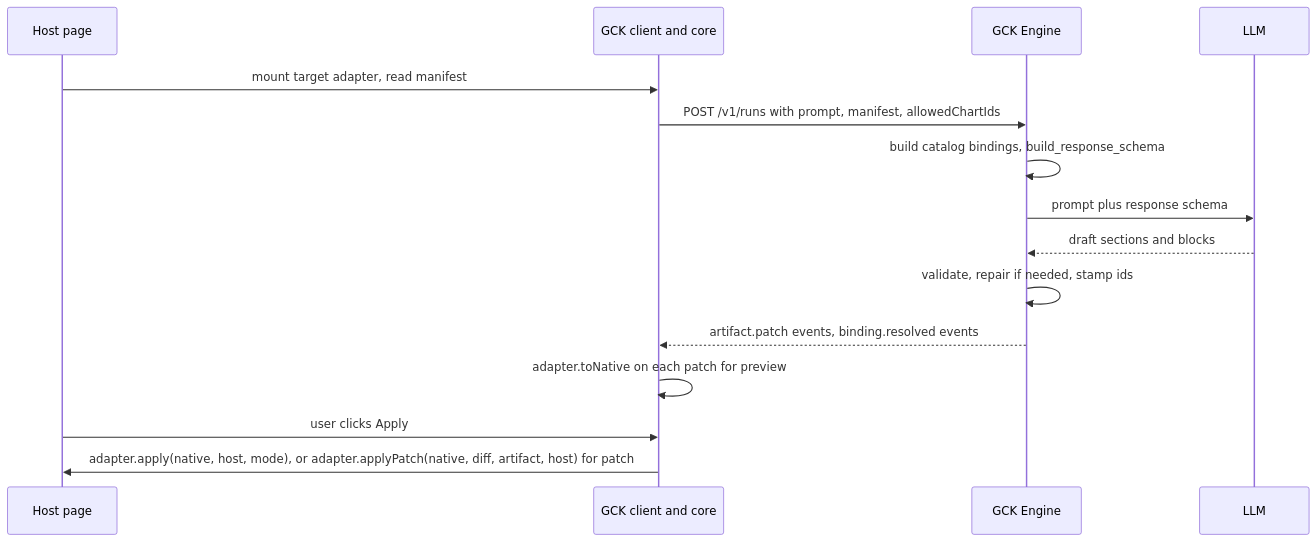
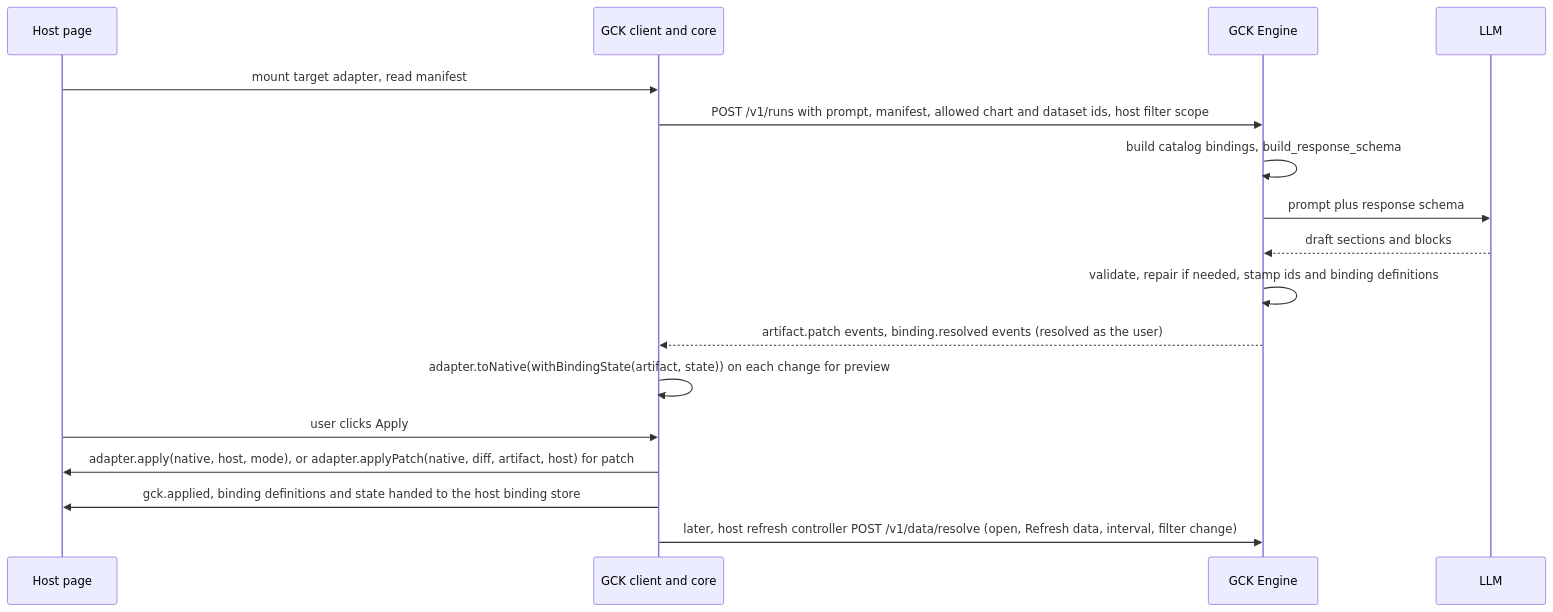
One commit to debnathSD/presenton-os changed the third of 3 diagrams in tutorial/content/ai-component/62-artifact-spec-and-targets.md. Above: the diagram before and after it, drawn with Mermaid. The commit also changed other lines of this file and 12 other files, not shown here.

First line of the commit message:
docs: make every GCK target use live Superset data

````diff
--- a/tutorial/content/ai-component/62-artifact-spec-and-targets.md
+++ b/tutorial/content/ai-component/62-artifact-spec-and-targets.md
@@ -634,17 +1142,19 @@
 ```mermaid
 sequenceDiagram
     participant H as Host page
     participant K as GCK client and core
     participant E as GCK Engine
     participant L as LLM
     H->>K: mount target adapter, read manifest
-    K->>E: POST /v1/runs with prompt, manifest, allowedChartIds
+    K->>E: POST /v1/runs with prompt, manifest, allowed chart and dataset ids, host filter scope
     E->>E: build catalog bindings, build_response_schema
     E->>L: prompt plus response schema
     L-->>E: draft sections and blocks
-    E->>E: validate, repair if needed, stamp ids
-    E-->>K: artifact.patch events, binding.resolved events
-    K->>K: adapter.toNative on each patch for preview
+    E->>E: validate, repair if needed, stamp ids and binding definitions
+    E-->>K: artifact.patch events, binding.resolved events (resolved as the user)
+    K->>K: adapter.toNative(withBindingState(artifact, state)) on each change for preview
     H->>K: user clicks Apply
     K->>H: adapter.apply(native, host, mode), or adapter.applyPatch(native, diff, artifact, host) for patch
+    K->>H: gck.applied, binding definitions and state handed to the host binding store
+    K->>E: later, host refresh controller POST /v1/data/resolve (open, Refresh data, interval, filter change)
 ```
````
